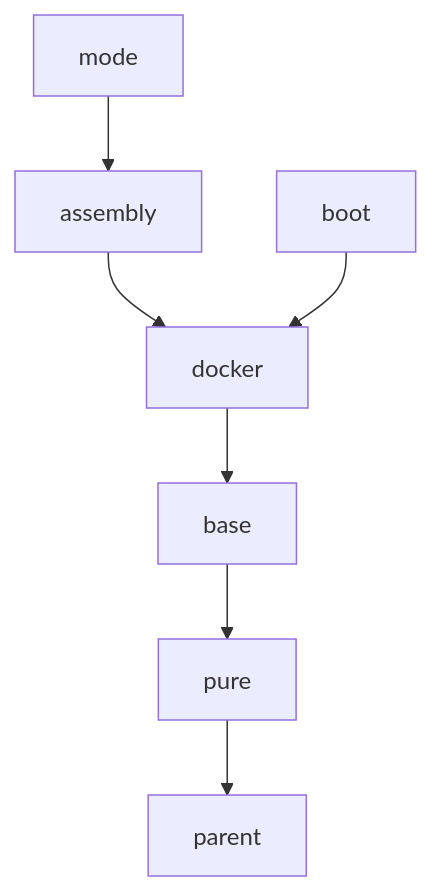
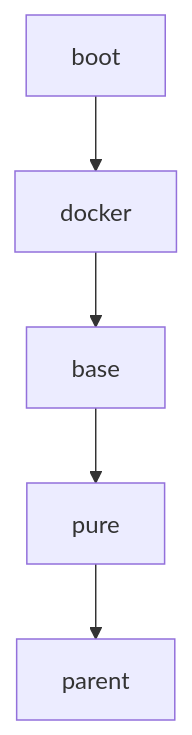
Before and after one commit to dbstar-org/parent: the diagram in README.md, drawn with Mermaid. The commit also changed other lines of this file and 5 other files, not shown here.

Commit message:
refactor: remove assembly and mode modules superseded by spring-boot

````diff
--- a/README.md
+++ b/README.md
@@ -32,9 +30,7 @@
 ```mermaid
 graph TD;
     pure-->parent;
     base-->pure;
     docker-->base;
-    assembly-->docker;
-    mode-->assembly;
     boot-->docker;
 ```
````
